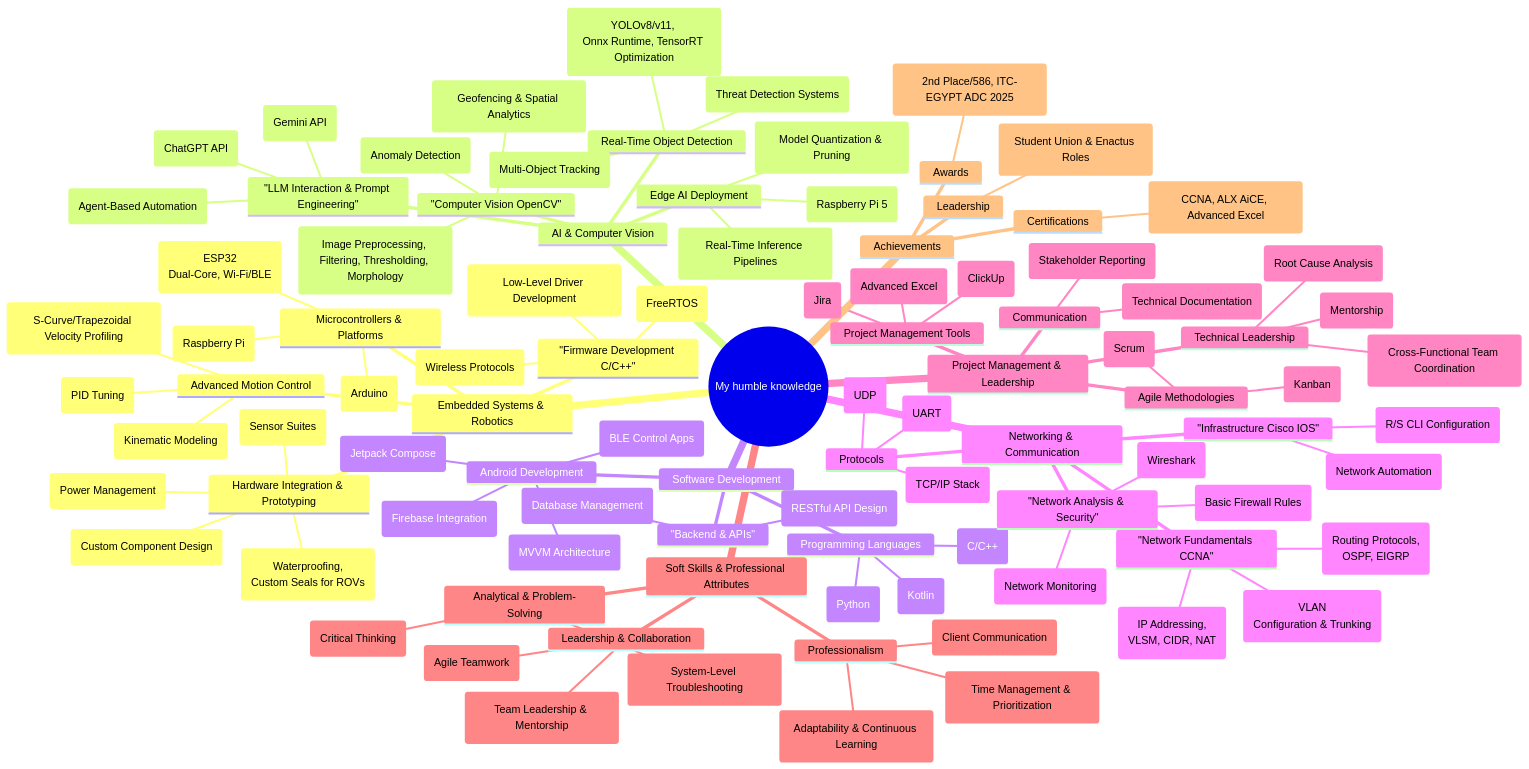
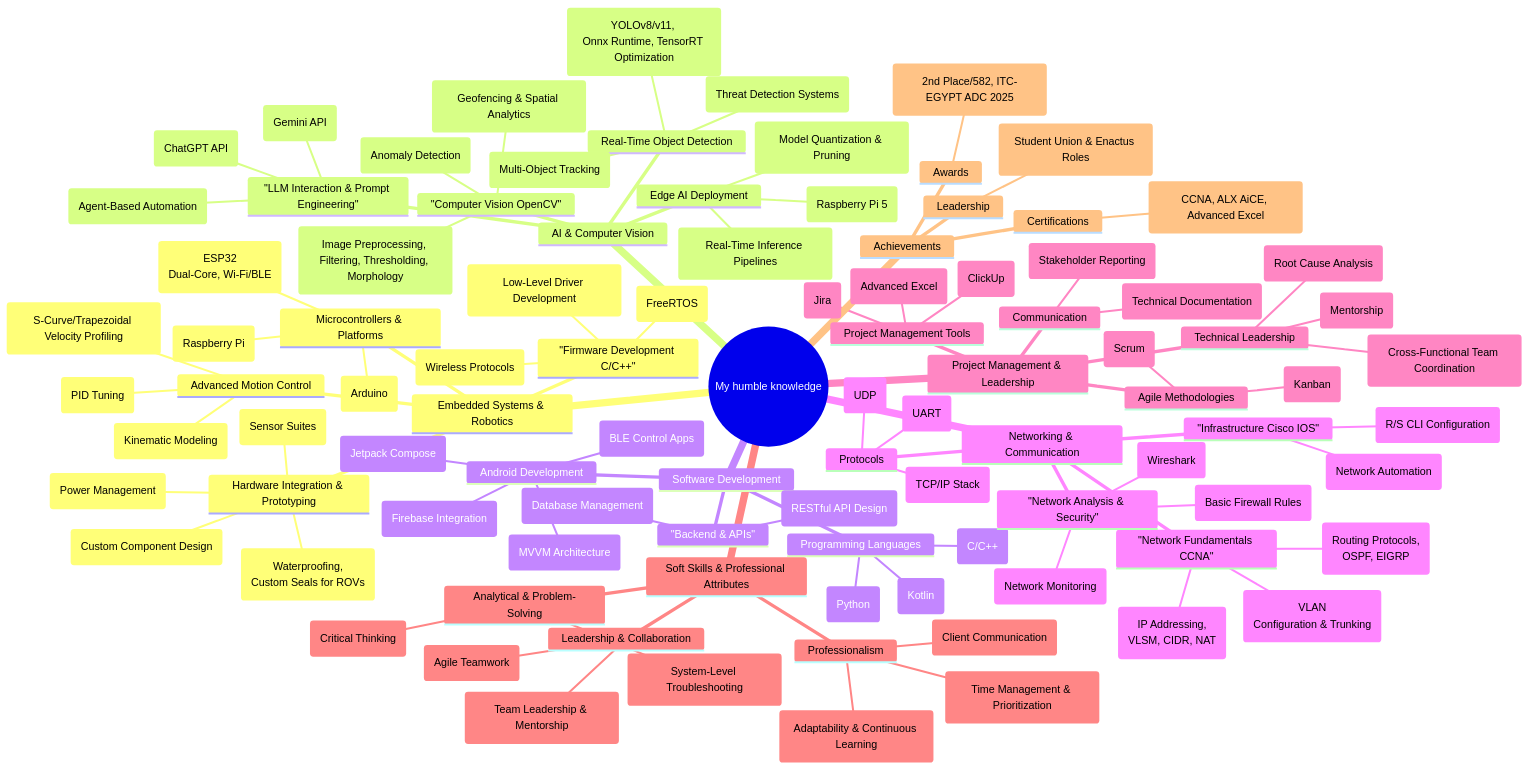
The diagram in README.md (zSayf/zSayf), drawn with Mermaid before and after one commit. The commit also changed other lines of this file and 9 other files, not shown here.

```diff
--- a/README.md
+++ b/README.md
@@ -125,7 +157,7 @@
         - (Adaptability & Continuous Learning)
     Achievements
       Awards
-        - (2nd Place/586, ITC-EGYPT ADC 2025)
+        - (2nd Place/582, ITC-EGYPT ADC 2025)
       Certifications
         - (CCNA, ALX AiCE, Advanced Excel)
       Leadership
```
